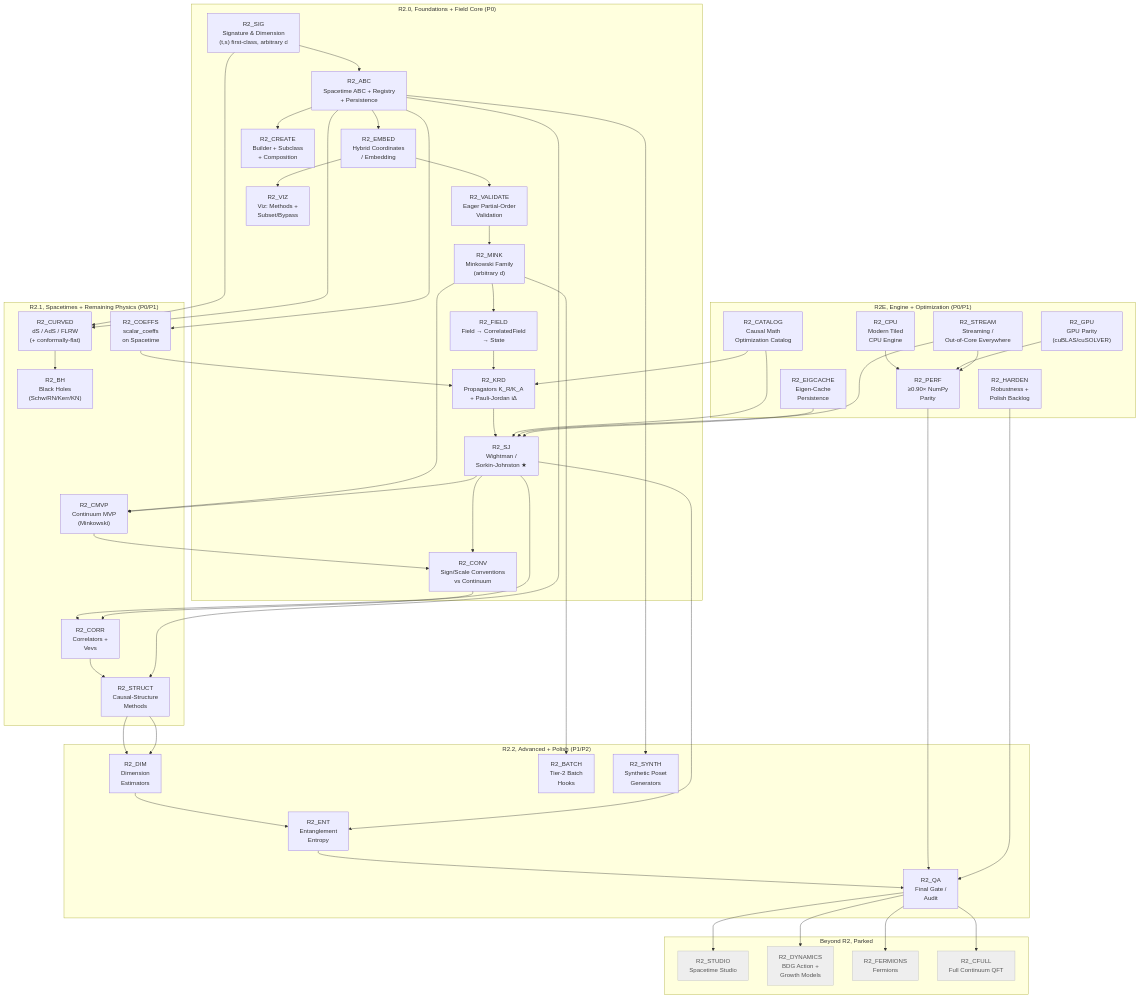
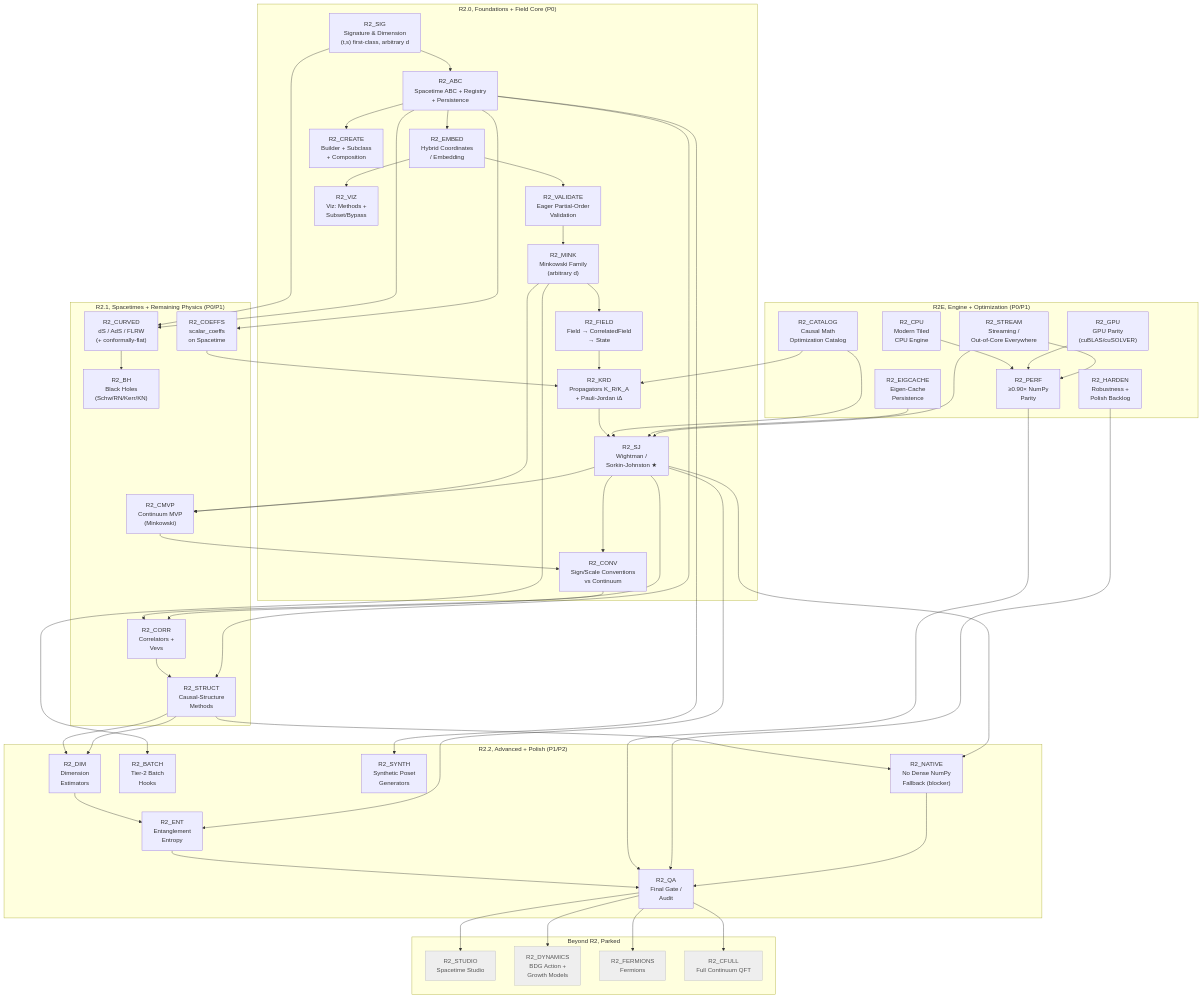
The diagram in documentation/project/plans/R2_ROADMAP.md (BrorH/pycauset), drawn with Mermaid before and after one commit. The commit also changed other lines of this file and 4 other files, not shown here.

First line of the commit message:
Flag dense NumPy fallback in the physics layer; trim sdist; document PyPI size options

```diff
--- a/documentation/project/plans/R2_ROADMAP.md
+++ b/documentation/project/plans/R2_ROADMAP.md
@@ -164,6 +165,7 @@
         R2_ENT["R2_ENT<br/>Entanglement<br/>Entropy"]
         R2_BATCH["R2_BATCH<br/>Tier-2 Batch<br/>Hooks"]
         R2_SYNTH["R2_SYNTH<br/>Synthetic Poset<br/>Generators"]
+        R2_NATIVE["R2_NATIVE<br/>No Dense NumPy<br/>Fallback (blocker)"]
         R2_QA["R2_QA<br/>Final Gate /<br/>Audit"]
     end
 
@@ -215,6 +217,9 @@
     R2_STREAM --> R2_SJ
     R2_PERF --> R2_QA
     R2_HARDEN --> R2_QA
+    R2_STRUCT --> R2_NATIVE
+    R2_SJ --> R2_NATIVE
+    R2_NATIVE --> R2_QA
 
     %% Parked
     R2_QA --> R2_STUDIO
```
